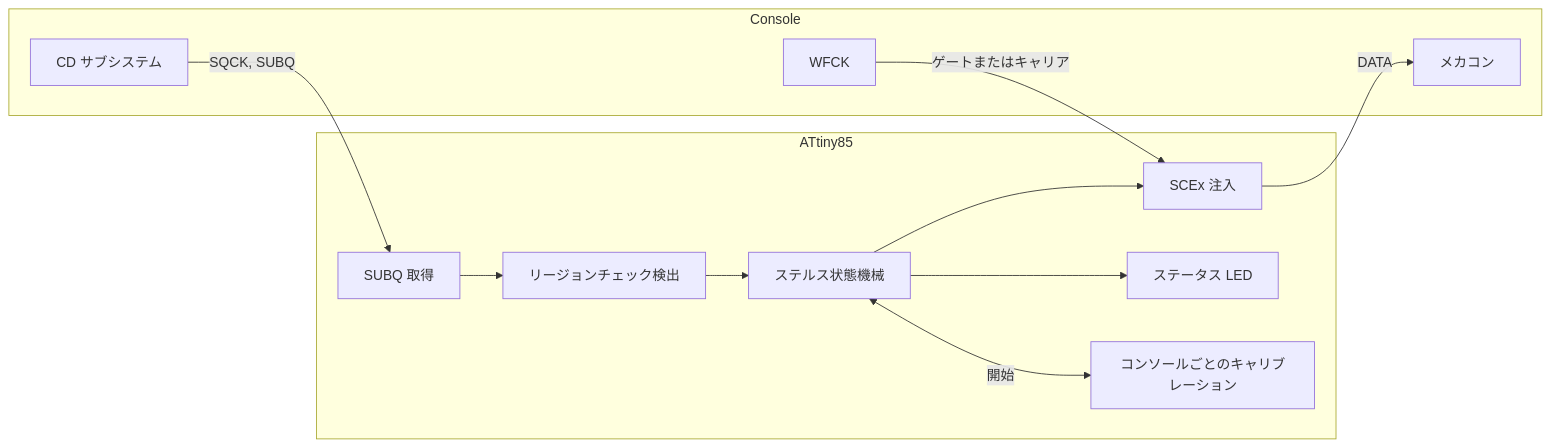
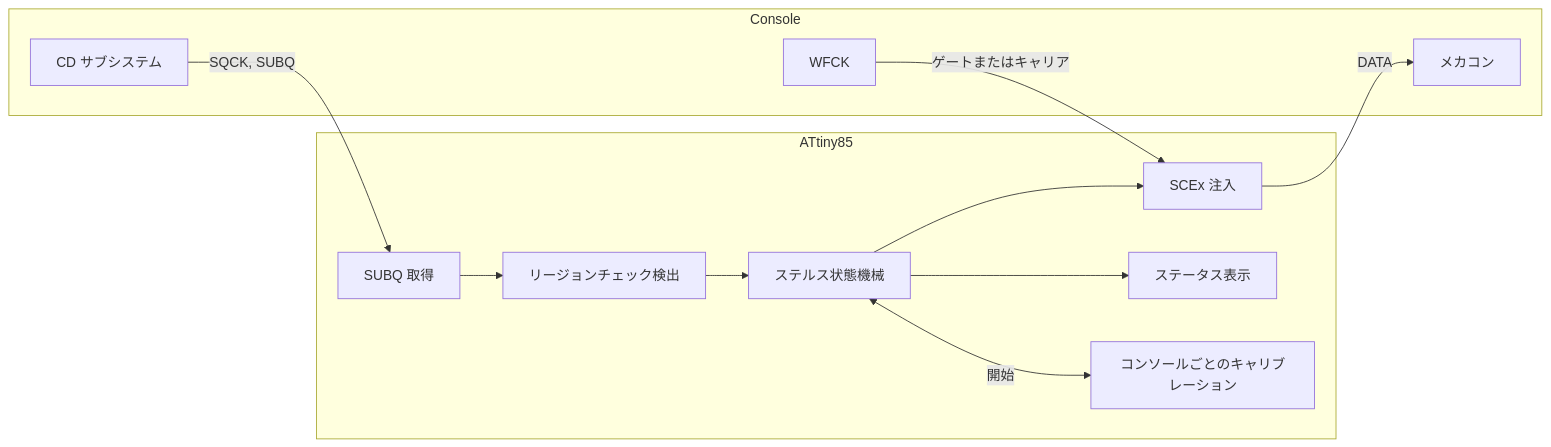
The diagram in README.ja.md (gufranco/openscex-modchip), drawn with Mermaid before and after one commit. The commit also changed other lines of this file and 30 other files, not shown here.

````diff
--- a/README.ja.md
+++ b/README.ja.md
@@ -227,22 +227,22 @@
 ```mermaid
 graph LR
     subgraph Console
         CD[CD サブシステム]
         WF[WFCK]
         MECH[メカコン]
     end
     subgraph ATtiny85
         CAP[SUBQ 取得]
         DET[リージョンチェック検出]
         ST[ステルス状態機械]
         INJ[SCEx 注入]
-        LED[ステータス LED]
+        IND[ステータス表示]
         CAL[コンソールごとのキャリブレーション]
     end
     CD -->|SQCK, SUBQ| CAP
     CAP --> DET --> ST --> INJ
-    ST --> LED
+    ST --> IND
     ST <-->|開始| CAL
     WF -->|ゲートまたはキャリア| INJ
     INJ -->|DATA| MECH
 ```
````
